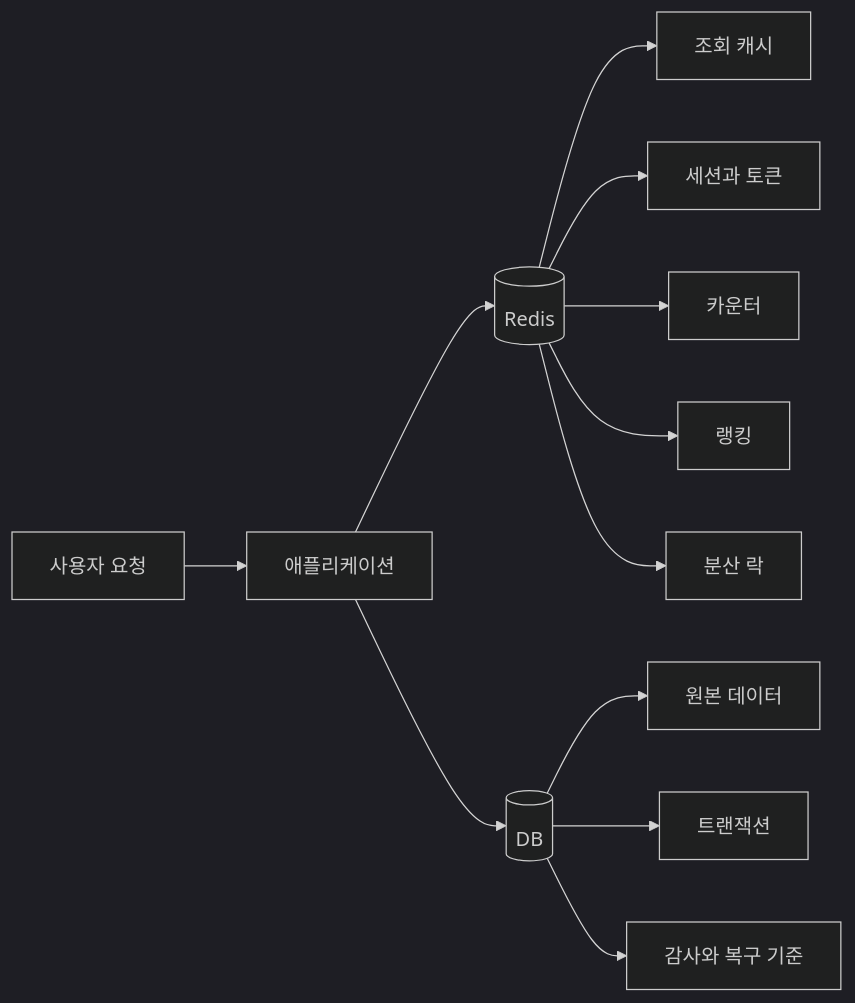
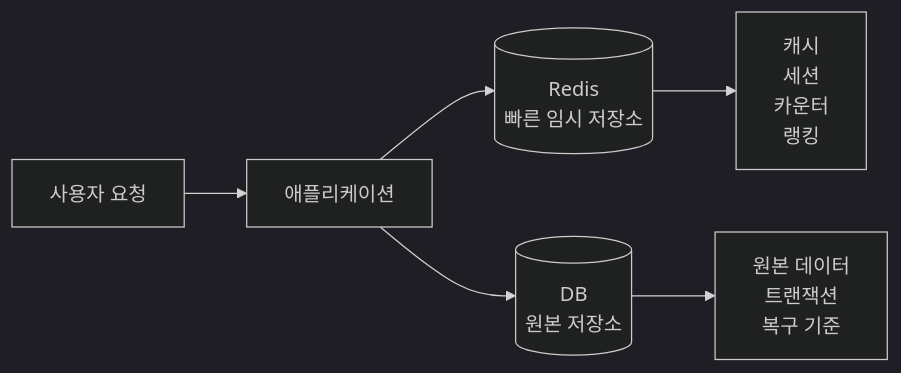
One commit to KROOKIMWOOBIN/study changed the first of 4 diagrams in docs/backend/infra/redis/redis란.md. Above: the diagram before and after it, drawn with Mermaid (dark theme). The commit also changed other lines of this file, not shown here.

Commit message:
docs: expand redis introduction

````diff
--- a/docs/backend/infra/redis/redis란.md
+++ b/docs/backend/infra/redis/redis란.md
@@ -25,16 +33,9 @@
 ```mermaid
 flowchart LR
     U[사용자 요청] --> A[애플리케이션]
-    A --> R[(Redis)]
-    A --> D[(DB)]
+    A --> R[(Redis<br/>빠른 임시 저장소)]
+    A --> D[(DB<br/>원본 저장소)]
 
-    R --> C1[조회 캐시]
-    R --> C2[세션과 토큰]
-    R --> C3[카운터]
-    R --> C4[랭킹]
-    R --> C5[분산 락]
-
-    D --> S1[원본 데이터]
-    D --> S2[트랜잭션]
-    D --> S3[감사와 복구 기준]
+    R --> RC[캐시<br/>세션<br/>카운터<br/>랭킹]
+    D --> DD[원본 데이터<br/>트랜잭션<br/>복구 기준]
 ```
````
